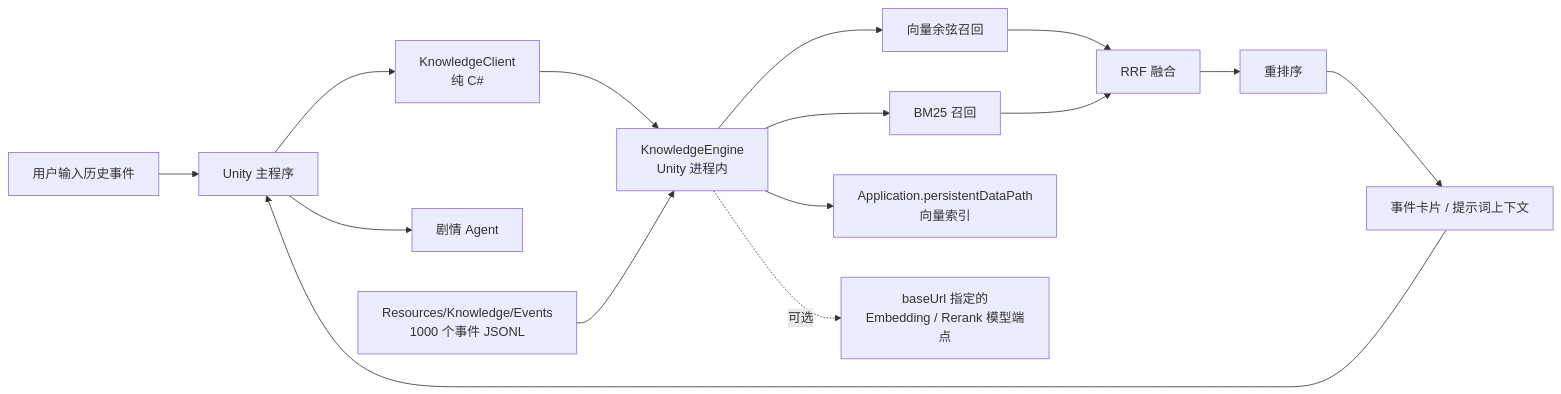
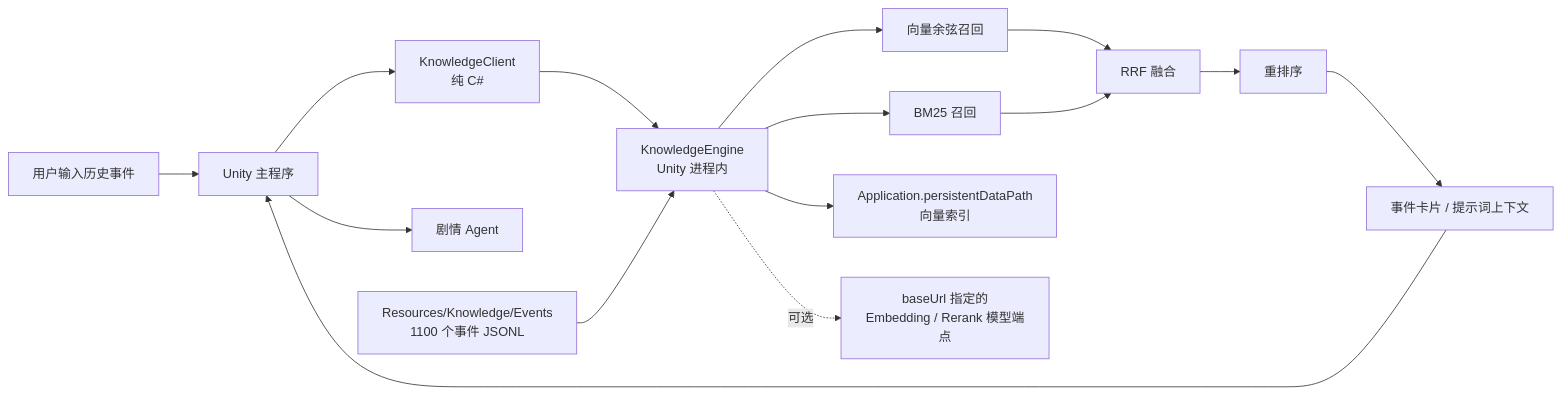
One commit to xinghuocode/epicspark changed the diagram in Docs/KnowledgeRAG.md. Above: the diagram before and after it, drawn with Mermaid. The commit also changed other lines of this file and 9 other files, not shown here.

````diff
--- a/Docs/KnowledgeRAG.md
+++ b/Docs/KnowledgeRAG.md
@@ -8,17 +8,17 @@
 ```mermaid
 flowchart LR
     U[用户输入历史事件] --> S[Unity 主程序]
     S --> C[KnowledgeClient<br/>纯 C#]
     C --> E[KnowledgeEngine<br/>Unity 进程内]
     E --> R1[向量余弦召回]
     E --> R2[BM25 召回]
     R1 --> F[RRF 融合]
     R2 --> F
     F --> RR[重排序]
     RR --> CX[事件卡片 / 提示词上下文]
     CX --> S
     S --> A[剧情 Agent]
-    D[Resources/Knowledge/Events<br/>1000 个事件 JSONL] --> E
+    D[Resources/Knowledge/Events<br/>1100 个事件 JSONL] --> E
     E --> IDX[Application.persistentDataPath<br/>向量索引]
     E -.可选.-> M[baseUrl 指定的<br/>Embedding / Rerank 模型端点]
 ```
````
